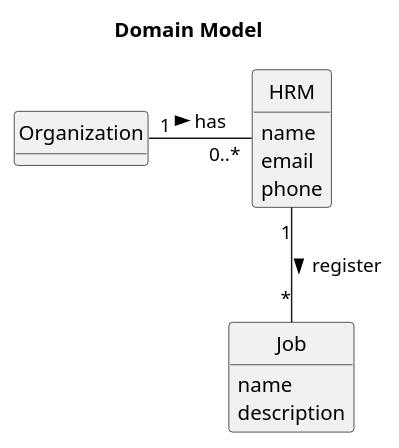
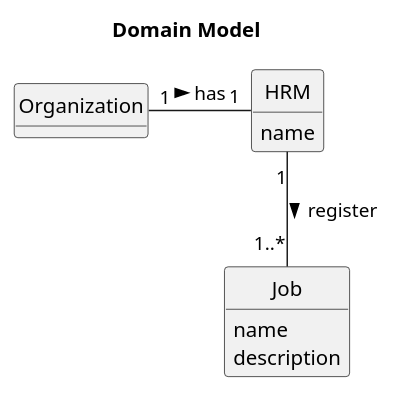
Before and after one commit to daniel41silva05/ISEP_2023_2024_LAPR2: the diagram in docs/sprintA&B/us002/02.analysis/puml/us002-domain-model.puml, drawn with PlantUML. The commit also changed 3 other files, not shown here.

```diff
--- a/docs/sprintA&B/us002/02.analysis/puml/us002-domain-model.puml
+++ b/docs/sprintA&B/us002/02.analysis/puml/us002-domain-model.puml
@@ -1,36 +1,35 @@
 @startuml
 skinparam monochrome true
 skinparam packageStyle rectangle
 skinparam shadowing false
 
 'left to right direction
 
 skinparam classAttributeIconSize 0
 
 hide circle
 
 hide methods
 
 title Domain Model
 
 class Organization {
 
 }
 
 class Job {
     name
     description
 
 }
 
 class HRM {
     name
-    email
-    phone
+
 }
 
 
-Organization "1" - "0..*" HRM: has >
-HRM "1" -- "*" Job : register   >
+Organization "1" - "1" HRM: has >
+HRM "1" -- "1..*" Job : register   >
 
 @enduml
```
